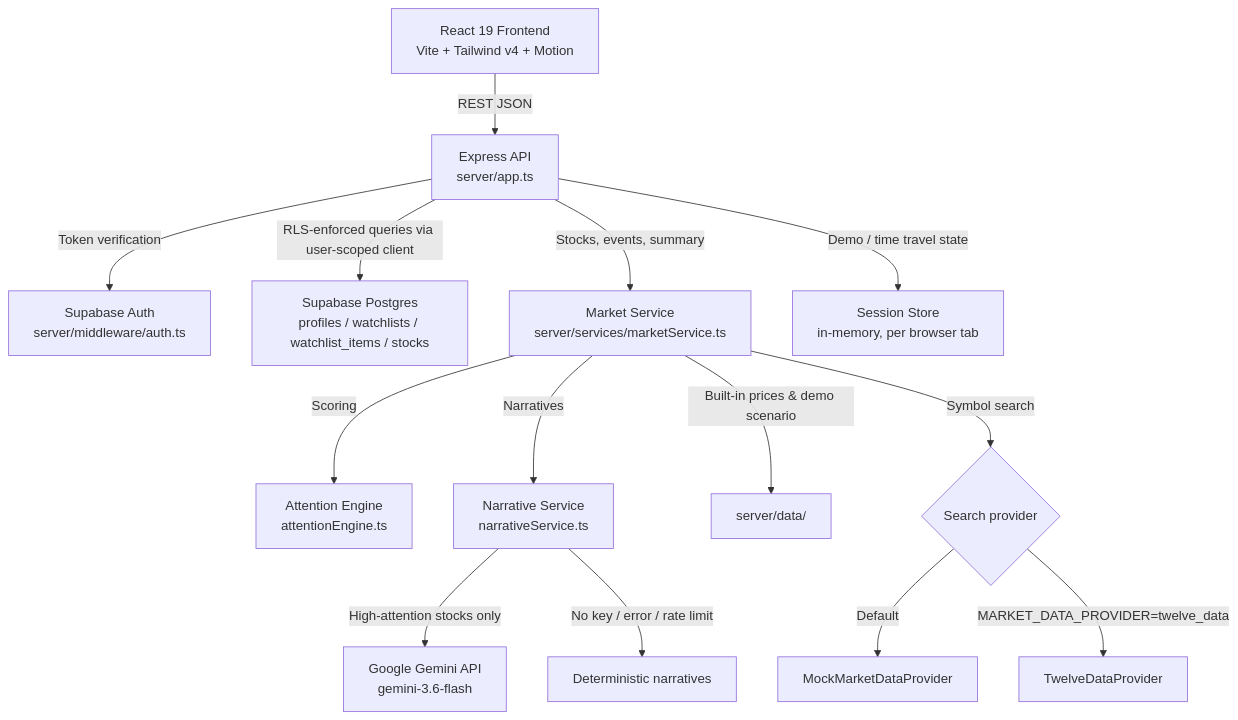
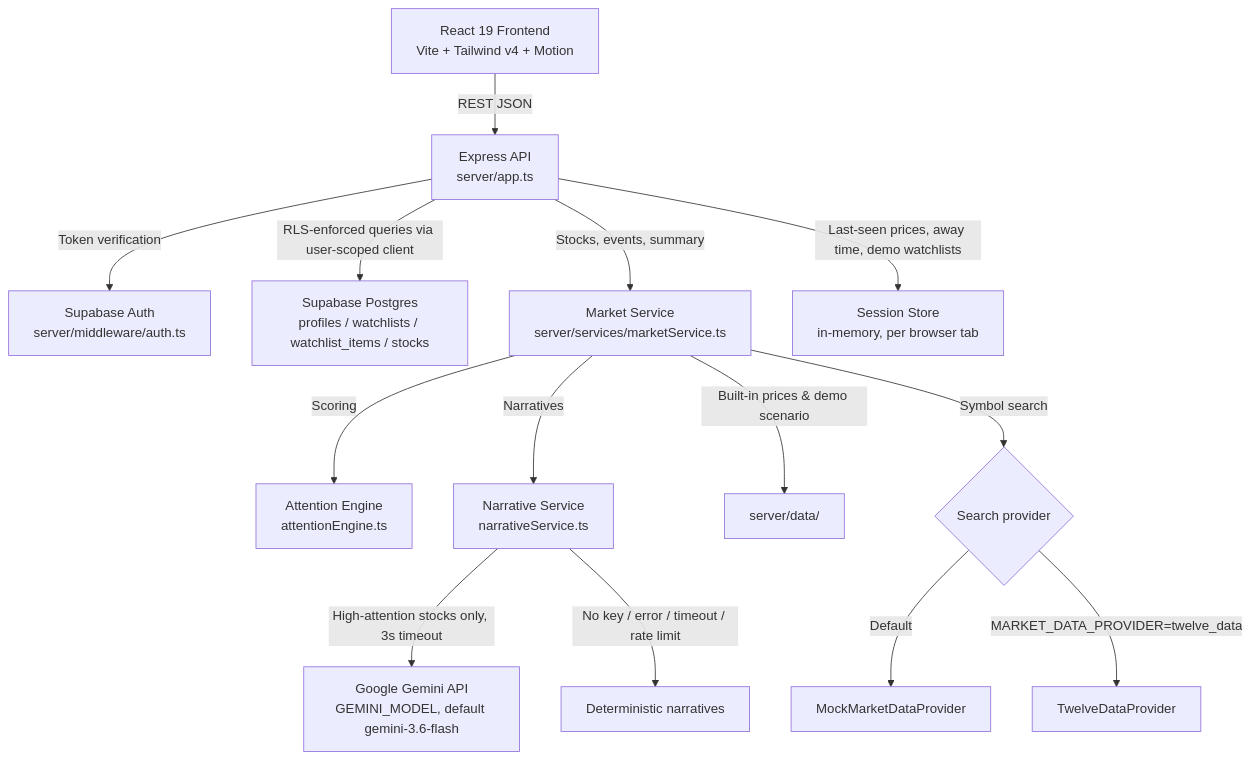
One commit to Mona-Agrawall/nazar changed the first of 2 diagrams in README.md. Above: the diagram before and after it, drawn with Mermaid. The commit also changed other lines of this file and 55 other files, not shown here.

````diff
--- a/README.md
+++ b/README.md
@@ -159,16 +171,16 @@
 ```mermaid
 graph TD
     A[React 19 Frontend<br/>Vite + Tailwind v4 + Motion] -->|REST JSON| B[Express API<br/>server/app.ts]
     B -->|Token verification| C[Supabase Auth<br/>server/middleware/auth.ts]
     B -->|RLS-enforced queries via user-scoped client| D[Supabase Postgres<br/>profiles / watchlists / watchlist_items / stocks]
     B -->|Stocks, events, summary| E[Market Service<br/>server/services/marketService.ts]
     E -->|Scoring| F[Attention Engine<br/>attentionEngine.ts]
     E -->|Narratives| G[Narrative Service<br/>narrativeService.ts]
-    G -->|High-attention stocks only| H[Google Gemini API<br/>gemini-3.6-flash]
-    G -->|No key / error / rate limit| I[Deterministic narratives]
+    G -->|High-attention stocks only, 3s timeout| H[Google Gemini API<br/>GEMINI_MODEL, default gemini-3.6-flash]
+    G -->|No key / error / timeout / rate limit| I[Deterministic narratives]
     E -->|Built-in prices & demo scenario| J[server/data/]
     E -->|Symbol search| K{Search provider}
     K -->|Default| L[MockMarketDataProvider]
     K -->|MARKET_DATA_PROVIDER=twelve_data| M[TwelveDataProvider]
-    B -->|Demo / time travel state| N[Session Store<br/>in-memory, per browser tab]
+    B -->|Last-seen prices, away time, demo watchlists| N[Session Store<br/>in-memory, per browser tab]
 ```
````
